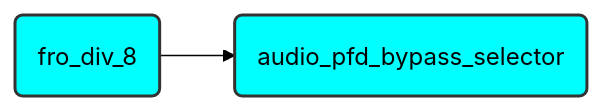
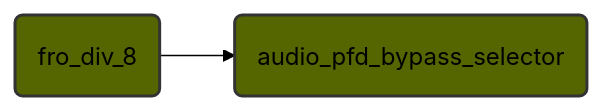
Before and after one commit to chromium-full-mirror/chromiumos_third_party_pigweed_pigweed: the seventh of 7 diagrams in pw_clock_tree_mcuxpresso/docs.rst, drawn with Mermaid (forest theme). The commit also changed other lines of this file and 9 other files, not shown here.

```diff
--- a/pw_clock_tree_mcuxpresso/docs.rst
+++ b/pw_clock_tree_mcuxpresso/docs.rst
@@ -256,6 +290,6 @@
 .. mermaid::
 
     flowchart LR
           A(fro_div_8) --> B(audio_pfd_bypass_selector)
-          style A fill:#0ff,stroke:#333,stroke-width:2px
-          style B fill:#0ff,stroke:#333,stroke-width:2px
+          style A fill:#560,stroke:#333,stroke-width:2px
+          style B fill:#560,stroke:#333,stroke-width:2px
```
